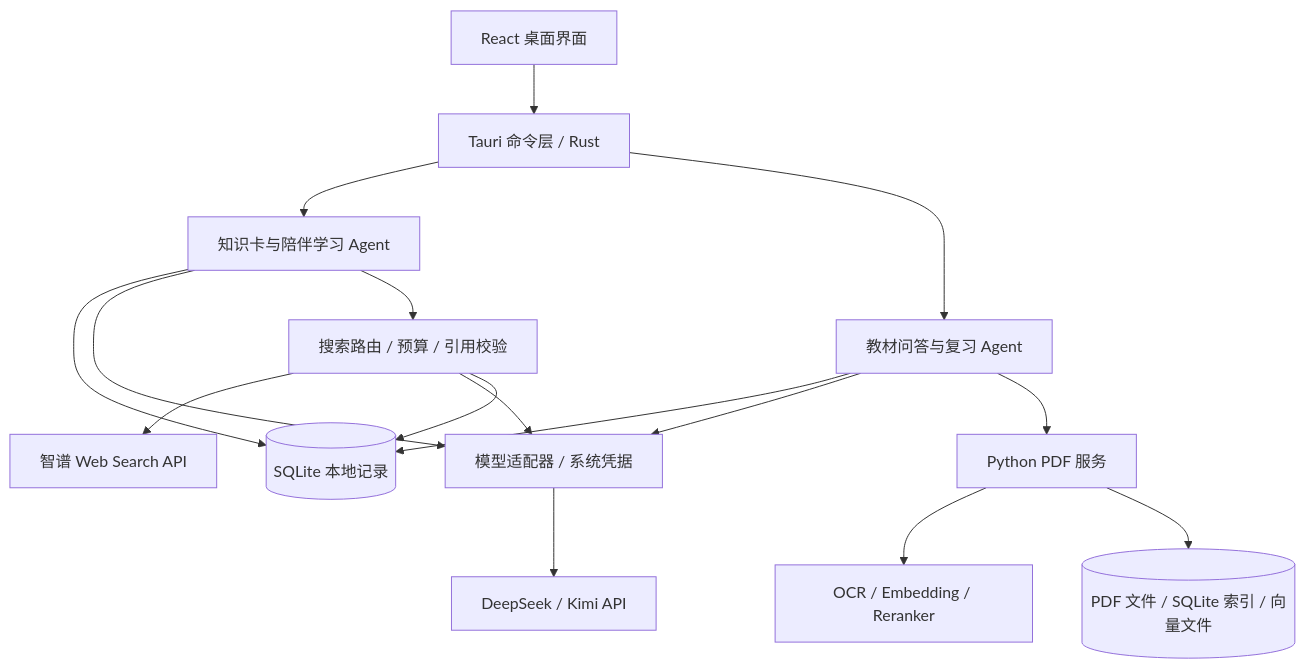
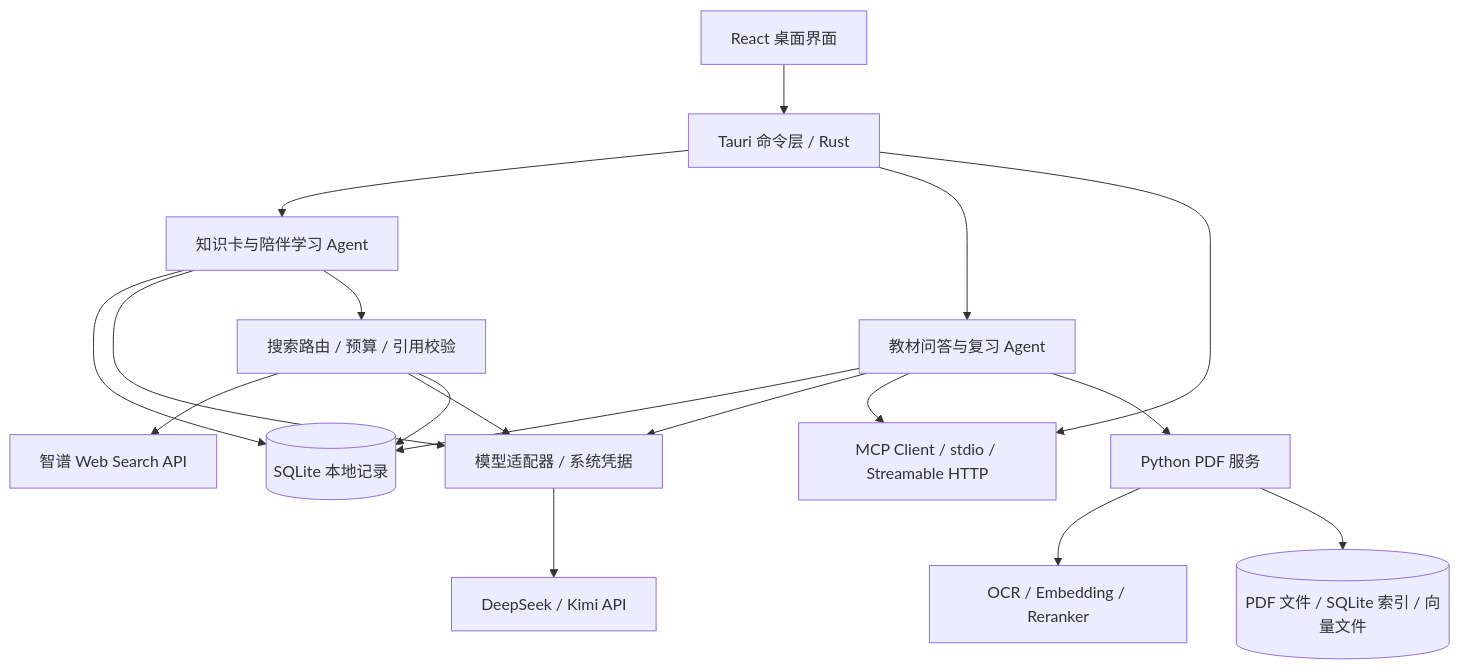
Before and after one commit to Hccccy2002/Tell-You-Why: the diagram in README.md, drawn with Mermaid. The commit also changed other lines of this file and 33 other files, not shown here.

Commit message:
feat: add MCP client and review agent tools

````diff
--- a/README.md
+++ b/README.md
@@ -226,18 +235,20 @@
 ```mermaid
 flowchart TD
     UI[React 桌面界面] --> IPC[Tauri 命令层 / Rust]
     IPC --> Cards[知识卡与陪伴学习 Agent]
     IPC --> PDF[教材问答与复习 Agent]
+    IPC --> MCP[MCP Client / stdio / Streamable HTTP]
     Cards --> DB[(SQLite 本地记录)]
     PDF --> DB
     Cards --> Provider[模型适配器 / 系统凭据]
     PDF --> Provider
+    PDF --> MCP
     Provider --> API[DeepSeek / Kimi API]
     Cards --> Search[搜索路由 / 预算 / 引用校验]
     Search --> Zhipu[智谱 Web Search API]
     Search --> Provider
     Search --> DB
     PDF --> Python[Python PDF 服务]
     Python --> Local[OCR / Embedding / Reranker]
     Python --> Index[(PDF 文件 / SQLite 索引 / 向量文件)]
 ```
````
